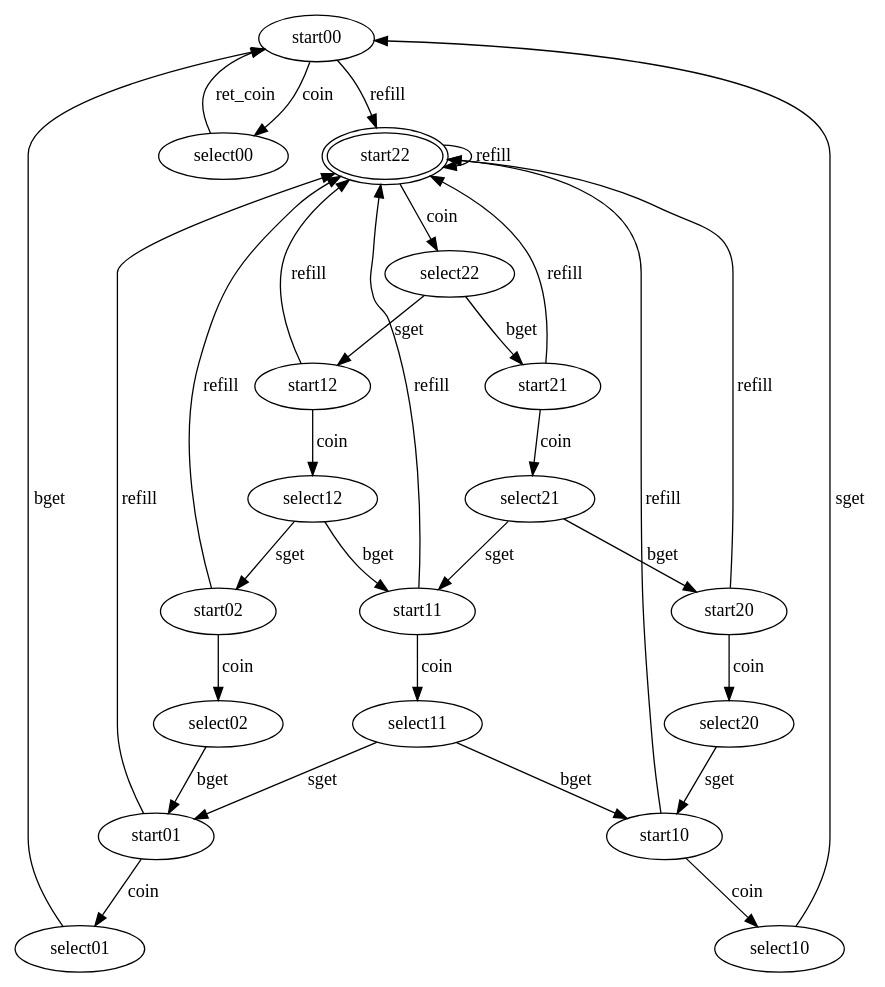
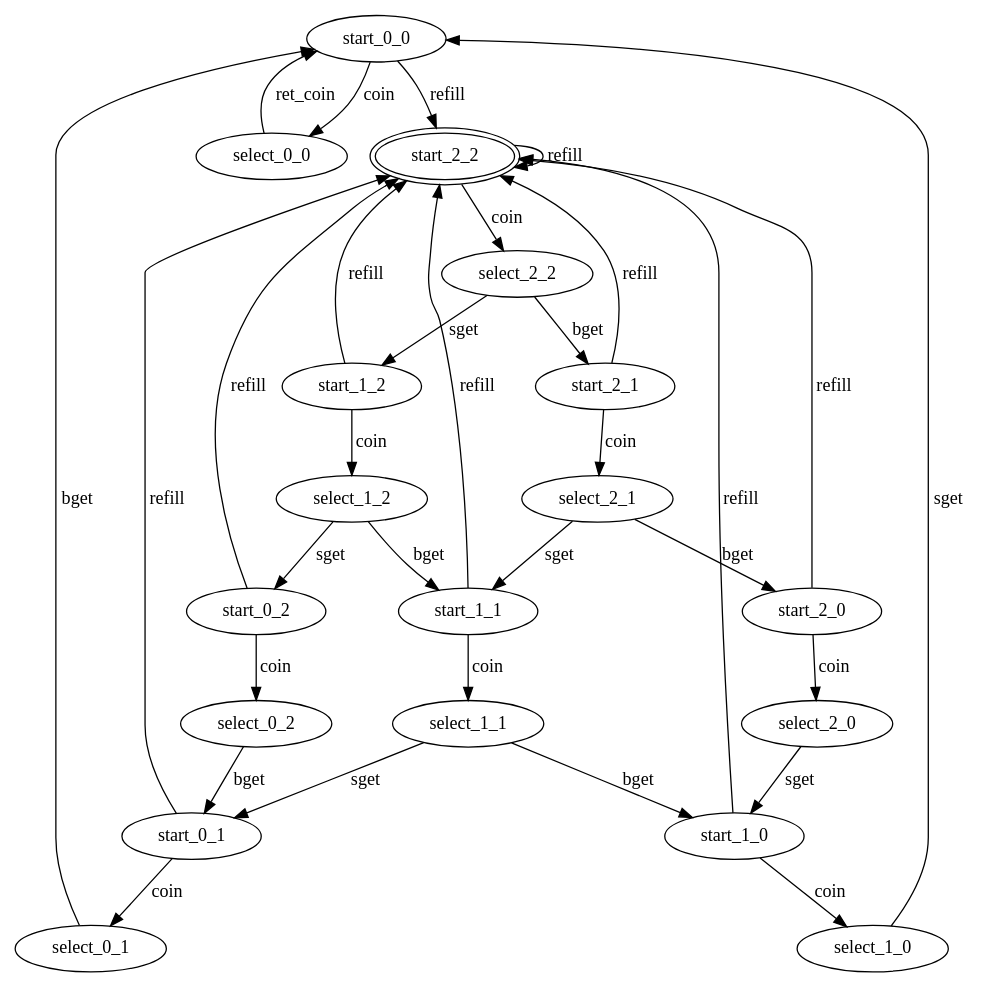
The diagram in test.dot (KiroScarlet/ModelChecking), drawn with Graphviz before and after one commit. The commit also changed 9 other files, not shown here.

```diff
--- a/test.dot
+++ b/test.dot
@@ -1,35 +1,35 @@
 digraph G { 
-start00->start22[label="refill"]
-start00->select00[label="coin"]
-start01->start22[label="refill"]
-start01->select01[label="coin"]
-start02->start22[label="refill"]
-start02->select02[label="coin"]
-start10->start22[label="refill"]
-start10->select10[label="coin"]
-start11->start22[label="refill"]
-start11->select11[label="coin"]
-start12->start22[label="refill"]
-start12->select12[label="coin"]
-start20->start22[label="refill"]
-start20->select20[label="coin"]
-start21->start22[label="refill"]
-start21->select21[label="coin"]
-start22->start22[label="refill"]
-start22[peripheries=2]
-start22->select22[label="coin"]
-start22[peripheries=2]
-select00->start00[label="ret_coin"]
-select01->start00[label="bget"]
-select02->start01[label="bget"]
-select10->start00[label="sget"]
-select11->start01[label="sget"]
-select11->start10[label="bget"]
-select12->start02[label="sget"]
-select12->start11[label="bget"]
-select20->start10[label="sget"]
-select21->start11[label="sget"]
-select21->start20[label="bget"]
-select22->start12[label="sget"]
-select22->start21[label="bget"]
+start_0_0->start_2_2[label="refill"]
+start_0_0->select_0_0[label="coin"]
+start_0_1->start_2_2[label="refill"]
+start_0_1->select_0_1[label="coin"]
+start_0_2->start_2_2[label="refill"]
+start_0_2->select_0_2[label="coin"]
+start_1_0->start_2_2[label="refill"]
+start_1_0->select_1_0[label="coin"]
+start_1_1->start_2_2[label="refill"]
+start_1_1->select_1_1[label="coin"]
+start_1_2->start_2_2[label="refill"]
+start_1_2->select_1_2[label="coin"]
+start_2_0->start_2_2[label="refill"]
+start_2_0->select_2_0[label="coin"]
+start_2_1->start_2_2[label="refill"]
+start_2_1->select_2_1[label="coin"]
+start_2_2->start_2_2[label="refill"]
+start_2_2[peripheries=2]
+start_2_2->select_2_2[label="coin"]
+start_2_2[peripheries=2]
+select_0_0->start_0_0[label="ret_coin"]
+select_0_1->start_0_0[label="bget"]
+select_0_2->start_0_1[label="bget"]
+select_1_0->start_0_0[label="sget"]
+select_1_1->start_0_1[label="sget"]
+select_1_1->start_1_0[label="bget"]
+select_1_2->start_0_2[label="sget"]
+select_1_2->start_1_1[label="bget"]
+select_2_0->start_1_0[label="sget"]
+select_2_1->start_1_1[label="sget"]
+select_2_1->start_2_0[label="bget"]
+select_2_2->start_1_2[label="sget"]
+select_2_2->start_2_1[label="bget"]
 }
```
